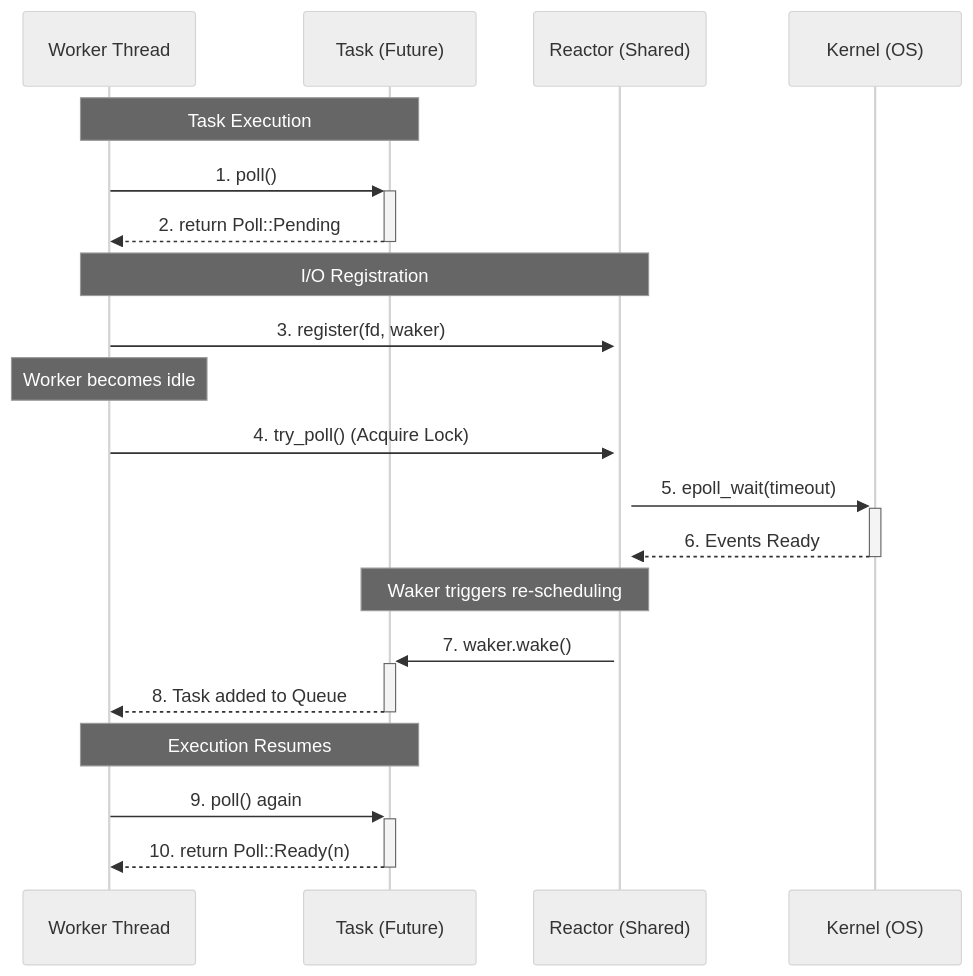
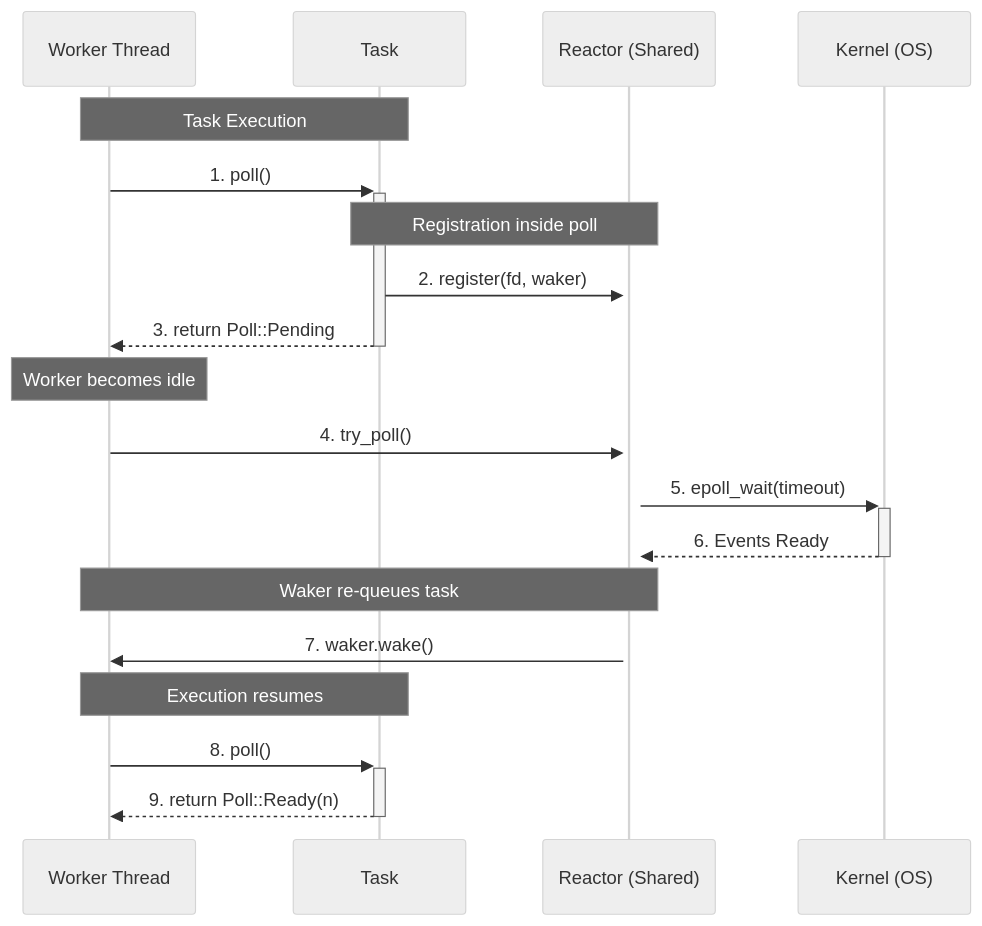
Before and after one commit to RoseWrightdev/runtime: the diagram in README.md, drawn with Mermaid (neutral theme).

````diff
--- a/README.md
+++ b/README.md
@@ -5,27 +5,26 @@
 ```mermaid
 sequenceDiagram
     participant W as Worker Thread
-    participant T as Task (Future)
+    participant T as Task
     participant R as Reactor (Shared)
     participant K as Kernel (OS)
 
     Note over W,T: Task Execution
     W->>+T: 1. poll()
-    T-->>-W: 2. return Poll::Pending
     
-    Note over W,R: I/O Registration
-    W->>+R: 3. register(fd, waker)
+    Note over T,R: Registration inside poll
+    T->>+R: 2. register(fd, waker)
+    T-->>-W: 3. return Poll::Pending
     
     Note over W: Worker becomes idle
-    W->>+R: 4. try_poll() (Acquire Lock)
+    W->>+R: 4. try_poll()
     R->>+K: 5. epoll_wait(timeout)
     K-->>-R: 6. Events Ready
     
-    Note over R,T: Waker triggers re-scheduling
-    R->>+T: 7. waker.wake()
-    T-->>-W: 8. Task added to Queue
+    Note over R,W: Waker re-queues task
+    R->>W: 7. waker.wake()
     
-    Note over W,T: Execution Resumes
-    W->>+T: 9. poll() again
-    T-->>-W: 10. return Poll::Ready(n)
+    Note over W,T: Execution resumes
+    W->>+T: 8. poll()
+    T-->>-W: 9. return Poll::Ready(n)
 ```
````
